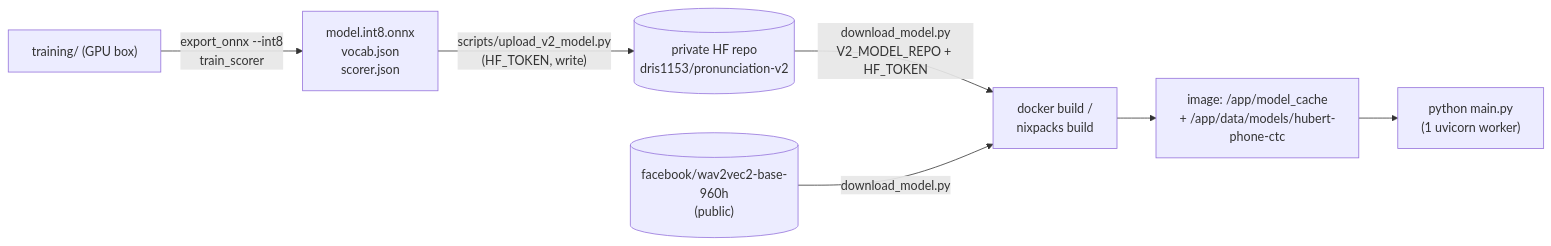
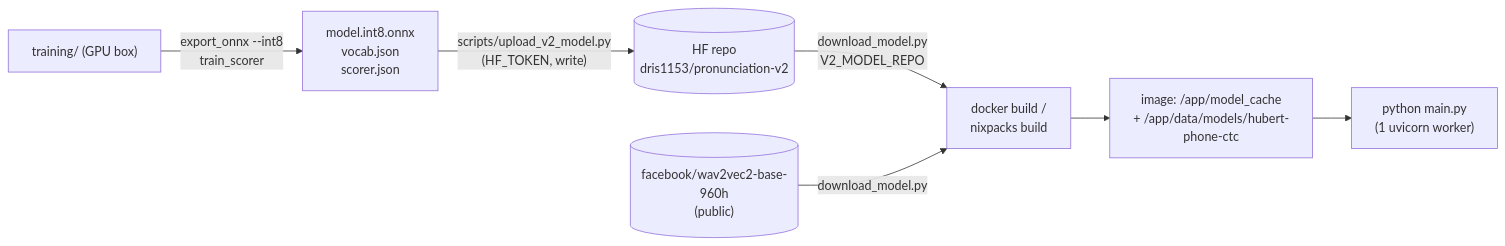
Before and after one commit to dris1153/pronunciation-service: the diagram in docs/deployment.md, drawn with Mermaid. The commit also changed other lines of this file and 12 other files, not shown here.

First line of the commit message:
docs: v2 model repo is public, HF token is optional

````diff
--- a/docs/deployment.md
+++ b/docs/deployment.md
@@ -6,9 +6,9 @@
 ```mermaid
 flowchart LR
     train["training/ (GPU box)"] -->|"export_onnx --int8<br/>train_scorer"| files["model.int8.onnx<br/>vocab.json<br/>scorer.json"]
-    files -->|"scripts/upload_v2_model.py<br/>(HF_TOKEN, write)"| hf[("private HF repo<br/>dris1153/pronunciation-v2")]
-    hf -->|"download_model.py<br/>V2_MODEL_REPO + HF_TOKEN"| build["docker build /<br/>nixpacks build"]
+    files -->|"scripts/upload_v2_model.py<br/>(HF_TOKEN, write)"| hf[("HF repo<br/>dris1153/pronunciation-v2")]
+    hf -->|"download_model.py<br/>V2_MODEL_REPO"| build["docker build /<br/>nixpacks build"]
     pub[("facebook/wav2vec2-base-960h<br/>(public)")] -->|"download_model.py"| build
     build --> img["image: /app/model_cache<br/>+ /app/data/models/hubert-phone-ctc"]
     img --> run["python main.py<br/>(1 uvicorn worker)"]
 ```
````
